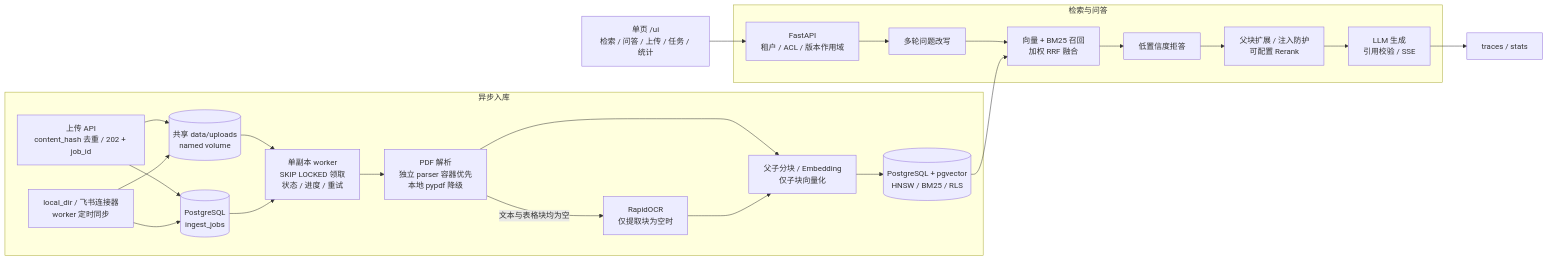
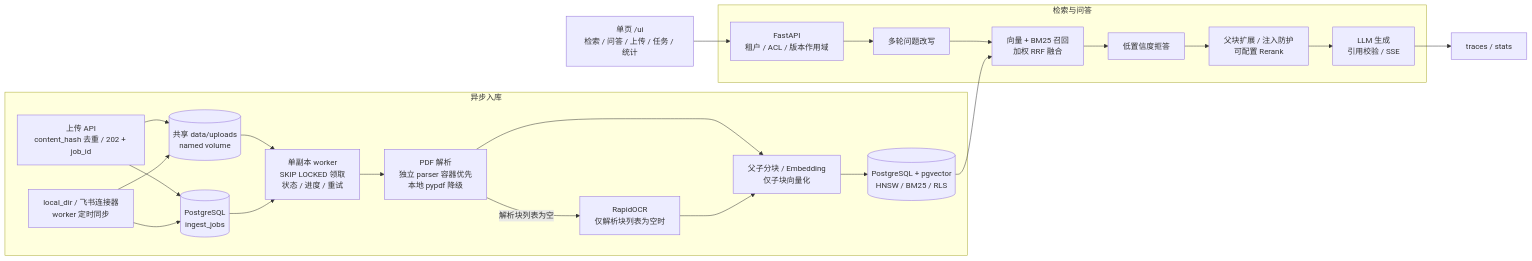
Before and after one commit to dengyouming163/rag-knowledge-base: the diagram in README.md, drawn with Mermaid. The commit also changed other lines of this file and 1 other file, not shown here.

Commit message:
docs: refine OCR trigger and ADR index

````diff
--- a/README.md
+++ b/README.md
@@ -7,39 +7,39 @@
 ```mermaid
 flowchart LR
     subgraph INGEST[异步入库]
         U[上传 API<br/>content_hash 去重 / 202 + job_id]
         C[local_dir / 飞书连接器<br/>worker 定时同步]
         S[(共享 data/uploads<br/>named volume)]
         Q[(PostgreSQL<br/>ingest_jobs)]
         W[单副本 worker<br/>SKIP LOCKED 领取<br/>状态 / 进度 / 重试]
         P[PDF 解析<br/>独立 parser 容器优先<br/>本地 pypdf 降级]
-        O[RapidOCR<br/>仅提取块为空时]
+        O[RapidOCR<br/>仅解析块列表为空时]
         E[父子分块 / Embedding<br/>仅子块向量化]
         D[(PostgreSQL + pgvector<br/>HNSW / BM25 / RLS)]
         U --> S
         C --> S
         U --> Q
         C --> Q
         S --> W
         Q --> W
         W --> P
-        P -->|文本与表格块均为空| O
+        P -->|解析块列表为空| O
         P --> E
         O --> E
         E --> D
     end
 
     subgraph QUERY[检索与问答]
         A[FastAPI<br/>租户 / ACL / 版本作用域]
         R[多轮问题改写]
         H[向量 + BM25 召回<br/>加权 RRF 融合]
         F[低置信度拒答]
         X[父块扩展 / 注入防护<br/>可配置 Rerank]
         L[LLM 生成<br/>引用校验 / SSE]
         A --> R --> H --> F --> X --> L
     end
 
     D --> H
     UI[单页 /ui<br/>检索 / 问答 / 上传 / 任务 / 统计] --> A
     L --> T[traces / stats]
 ```
````
